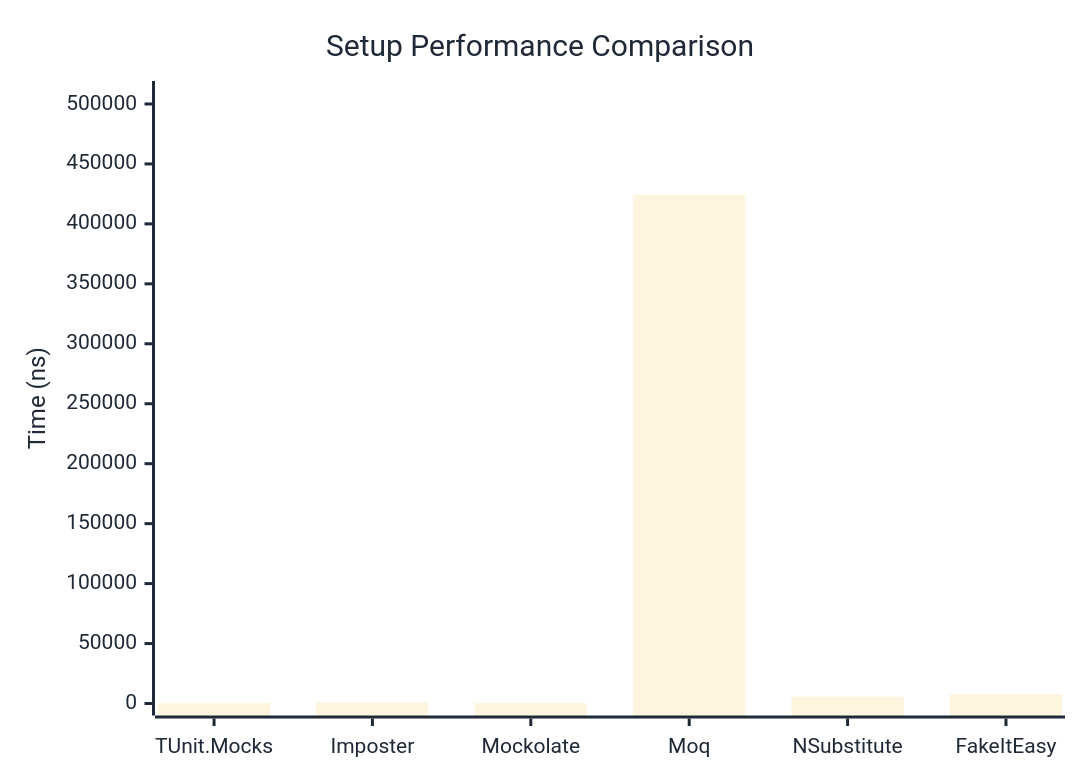
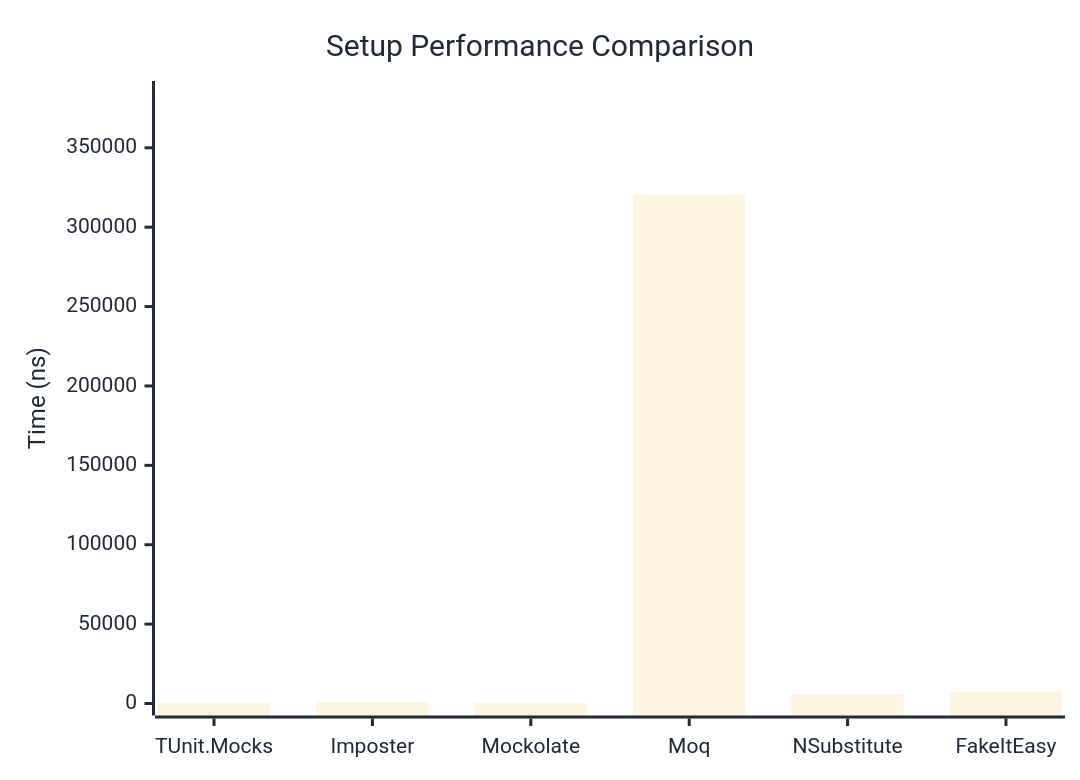
One commit to thomhurst/TUnit changed the first of 2 diagrams in docs/docs/benchmarks/mocks/Setup.md. Above: the diagram before and after it, drawn with Mermaid. The commit also changed other lines of this file and 14 other files, not shown here.

````diff
--- a/docs/docs/benchmarks/mocks/Setup.md
+++ b/docs/docs/benchmarks/mocks/Setup.md
@@ -28,27 +28,27 @@
 ```mermaid
 %%{init: {
   'theme':'base',
   'themeVariables': {
     'primaryColor': '#2563eb',
     'primaryTextColor': '#1f2937',
     'primaryBorderColor': '#1e40af',
     'lineColor': '#6b7280',
     'secondaryColor': '#7c3aed',
     'tertiaryColor': '#dc2626',
     'background': '#ffffff',
     'pie1': '#2563eb',
     'pie2': '#7c3aed',
     'pie3': '#dc2626',
     'pie4': '#f59e0b',
     'pie5': '#10b981',
     'pie6': '#06b6d4',
     'pie7': '#ec4899',
     'pie8': '#6366f1'
   }
 }}%%
 xychart-beta
   title "Setup Performance Comparison"
   x-axis ["TUnit.Mocks", "Imposter", "Mockolate", "Moq", "NSubstitute", "FakeItEasy"]
-  y-axis "Time (ns)" 0 --> 509162
-  bar [567.5, 794.7, 440.2, 424301.1, 5638, 7808.2]
+  y-axis "Time (ns)" 0 --> 384516
+  bar [562.6, 794.3, 450, 320429.8, 5362.3, 7563.8]
 ```
````
